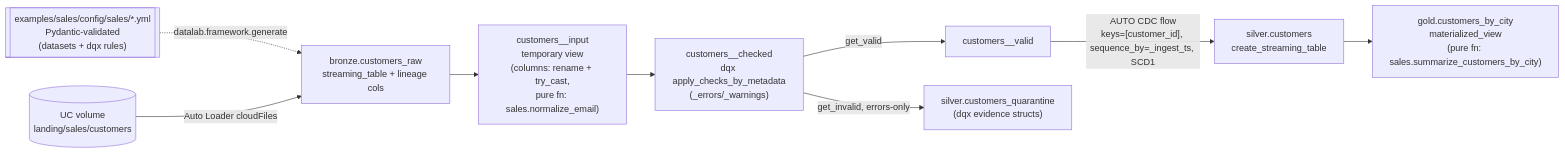
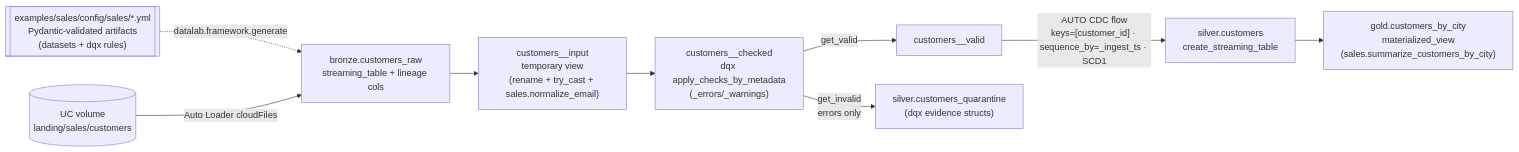
The third of 5 diagrams in docs/ARCHITECTURE.md (Vegash09/Demo_Lab), drawn with Mermaid before and after one commit. The commit also changed other lines of this file and 4 other files, not shown here.

Commit message:
docs: restructure README + docs/ with integrated architecture diagrams

````diff
--- a/docs/ARCHITECTURE.md
+++ b/docs/ARCHITECTURE.md
@@ -43,11 +55,11 @@
 ```mermaid
 flowchart LR
-    YML[["examples/sales/config/sales/*.yml\nPydantic-validated\n(datasets + dqx rules)"]] -.->|datalab.framework.generate| BR
-    LAND[("UC volume\nlanding/sales/customers")] -->|Auto Loader cloudFiles| BR["bronze.customers_raw\nstreaming_table + lineage cols"]
-    BR --> IN["customers__input\ntemporary view\n(columns: rename + try_cast,\npure fn: sales.normalize_email)"]
-    IN --> CHK["customers__checked\ndqx apply_checks_by_metadata\n(_errors/_warnings)"]
+    YML[["examples/sales/config/sales/*.yml<br/>Pydantic-validated artifacts<br/>(datasets + dqx rules)"]] -.->|"datalab.framework.generate"| BR
+    LAND[("UC volume<br/>landing/sales/customers")] -->|"Auto Loader cloudFiles"| BR["bronze.customers_raw<br/>streaming_table + lineage cols"]
+    BR --> IN["customers__input<br/>temporary view<br/>(rename + try_cast + sales.normalize_email)"]
+    IN --> CHK["customers__checked<br/>dqx apply_checks_by_metadata<br/>(_errors/_warnings)"]
     CHK -->|get_valid| VAL["customers__valid"]
-    CHK -->|get_invalid, errors-only| QUAR["silver.customers_quarantine\n(dqx evidence structs)"]
-    VAL -->|"AUTO CDC flow\nkeys=[customer_id], sequence_by=_ingest_ts, SCD1"| SIL["silver.customers\ncreate_streaming_table"]
-    SIL --> GOLD["gold.customers_by_city\nmaterialized_view\n(pure fn: sales.summarize_customers_by_city)"]
+    CHK -->|"get_invalid<br/>errors only"| QUAR["silver.customers_quarantine<br/>(dqx evidence structs)"]
+    VAL -->|"AUTO CDC flow<br/>keys=[customer_id] · sequence_by=_ingest_ts · SCD1"| SIL["silver.customers<br/>create_streaming_table"]
+    SIL --> GOLD["gold.customers_by_city<br/>materialized_view<br/>(sales.summarize_customers_by_city)"]
 ```
````
